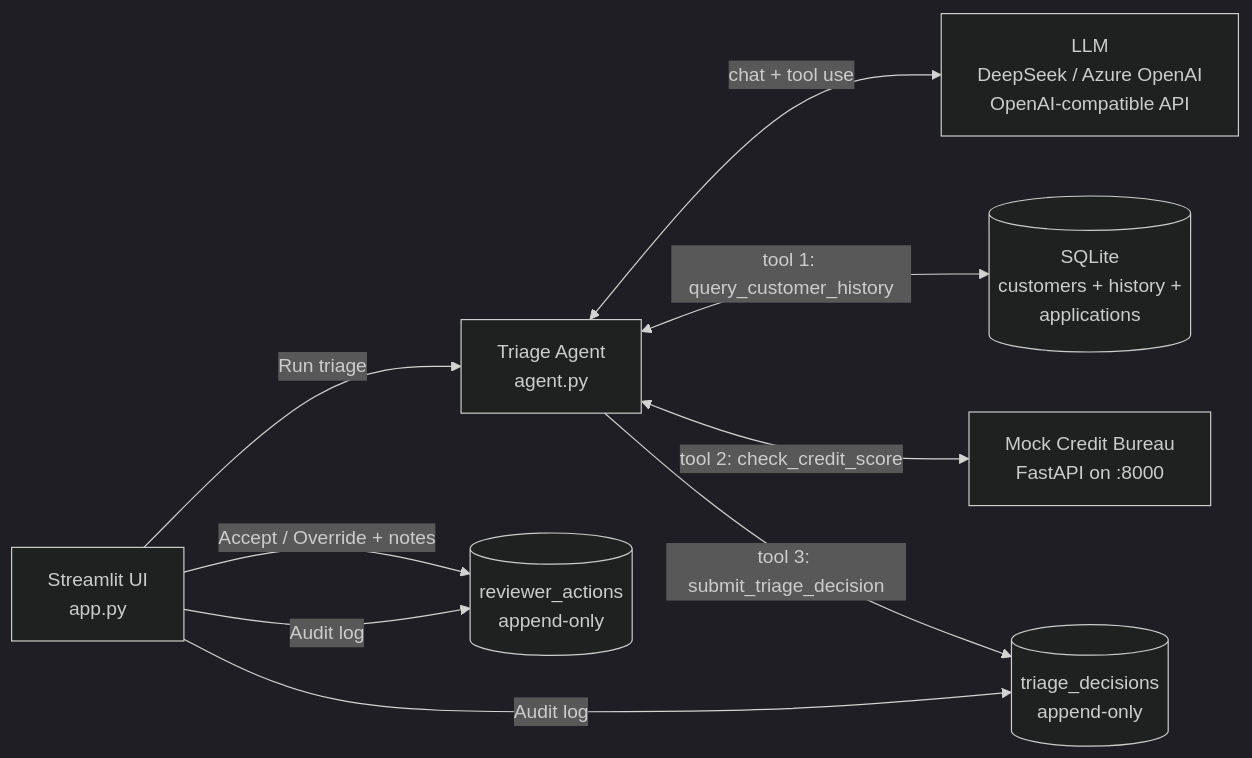
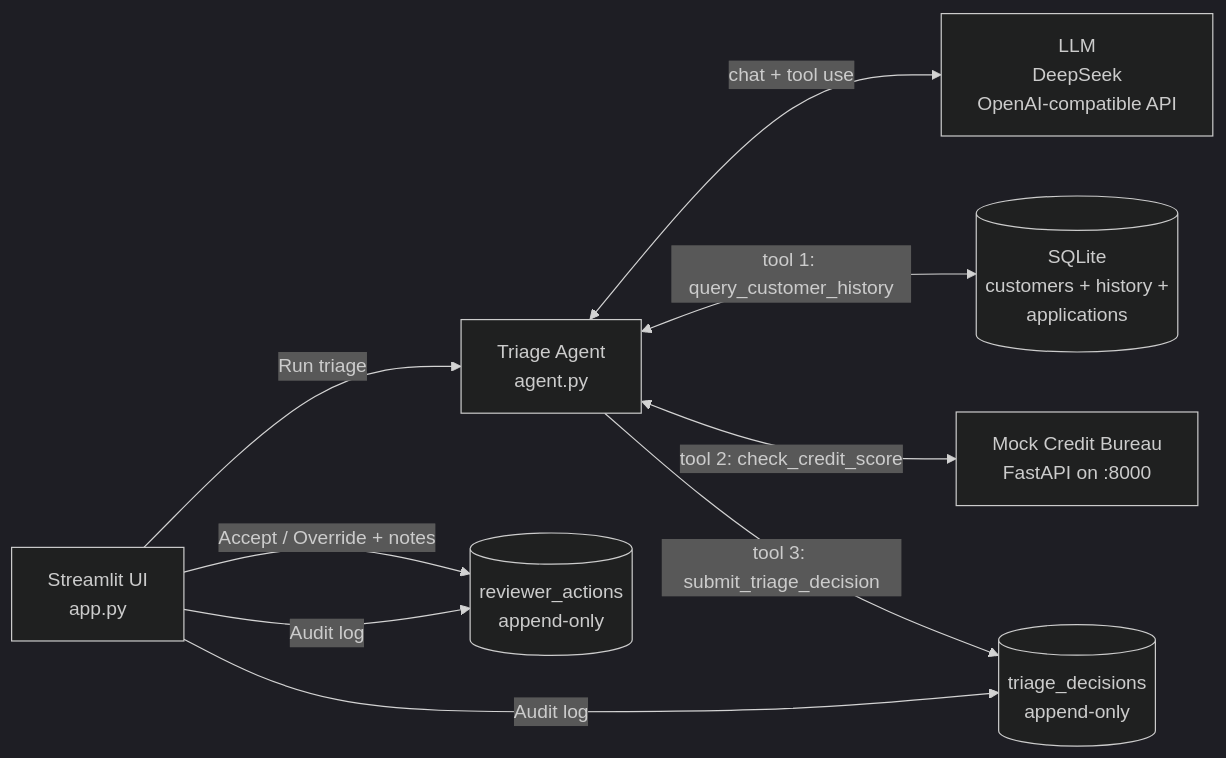
The diagram in README.md (JingLiu1234567/sme-loan-triage-agent), drawn with Mermaid (dark theme) before and after one commit.

Commit message:
Remove Azure OpenAI mention from architecture diagram

````diff
--- a/README.md
+++ b/README.md
@@ -38,19 +38,19 @@
 ```mermaid
 flowchart LR
     UI[Streamlit UI<br/>app.py]
     Agent[Triage Agent<br/>agent.py]
-    LLM[LLM<br/>DeepSeek / Azure OpenAI<br/>OpenAI-compatible API]
+    LLM[LLM<br/>DeepSeek<br/>OpenAI-compatible API]
     SQL[(SQLite<br/>customers + history +<br/>applications)]
     Bureau[Mock Credit Bureau<br/>FastAPI on :8000]
     DecisionLog[(triage_decisions<br/>append-only)]
     ReviewLog[(reviewer_actions<br/>append-only)]
 
     UI -->|Run triage| Agent
     Agent <-->|chat + tool use| LLM
     Agent <-->|tool 1: query_customer_history| SQL
     Agent <-->|tool 2: check_credit_score| Bureau
     Agent -->|tool 3: submit_triage_decision| DecisionLog
     UI -->|Accept / Override + notes| ReviewLog
     UI -->|Audit log| DecisionLog
     UI -->|Audit log| ReviewLog
 ```
````
